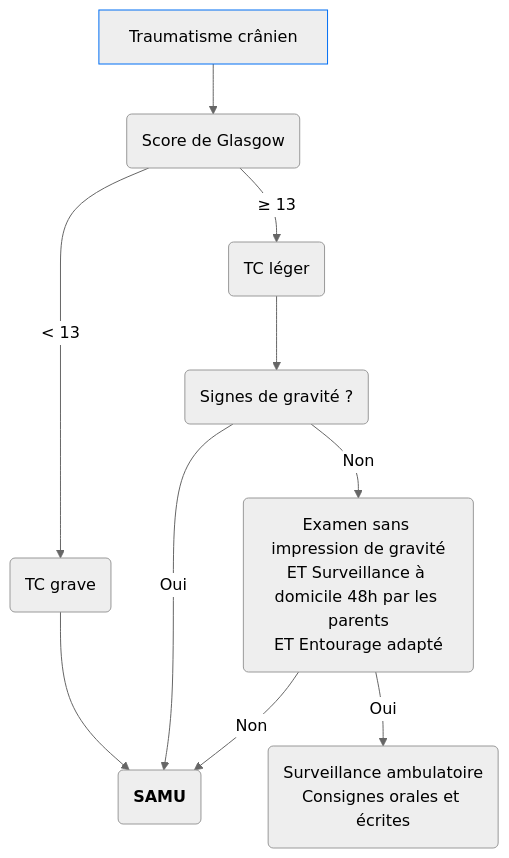
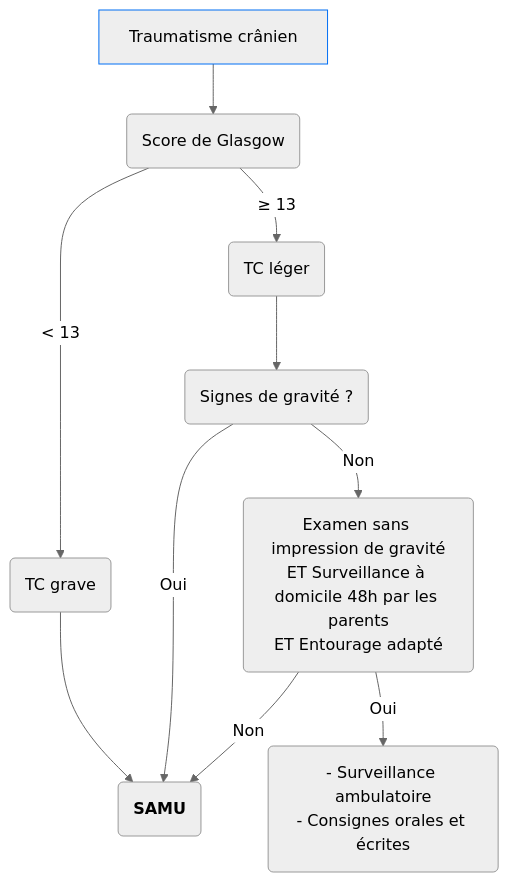
The diagram in content/recommandations/traumatisme-cranien-enfant.md (djibe/recommandations-medicales), drawn with Mermaid (neutral theme) before and after one commit. The commit also changed other lines of this file and 4 other files, not shown here.

```diff
--- a/content/recommandations/traumatisme-cranien-enfant.md
+++ b/content/recommandations/traumatisme-cranien-enfant.md
@@ -110,12 +426,12 @@
 {{< mermaid title="Conduite à tenir devant un traumatisme crânien de l'enfant. Dr JB FRON d'après SFMU 2015" >}}
 graph TB
   TC[Traumatisme crânien] --> GCS(Score de Glasgow)
   style TC stroke:#006ef4, stroke-width:1px
   GCS -- "#lt; 13" --> TCgrave(TC grave) --> SAMU("<b>SAMU</b>")
   GCS -- "≥ 13" --> TCleger(TC léger) --> gravite(Signes de gravité ?)
     gravite -- Oui --> SAMU
     gravite -- Non --> ambulatoirePossible("Examen sans impression de gravité<br>ET Surveillance à domicile 48h par les parents<br>ET Entourage adapté")
       ambulatoirePossible -- Non --> SAMU
-      ambulatoirePossible -- Oui --> consignes("Surveillance ambulatoire<br>Consignes orales et écrites")
+      ambulatoirePossible -- Oui --> consignes("- Surveillance ambulatoire<br>- Consignes orales et écrites")
 
 {{< /mermaid >}}
```
